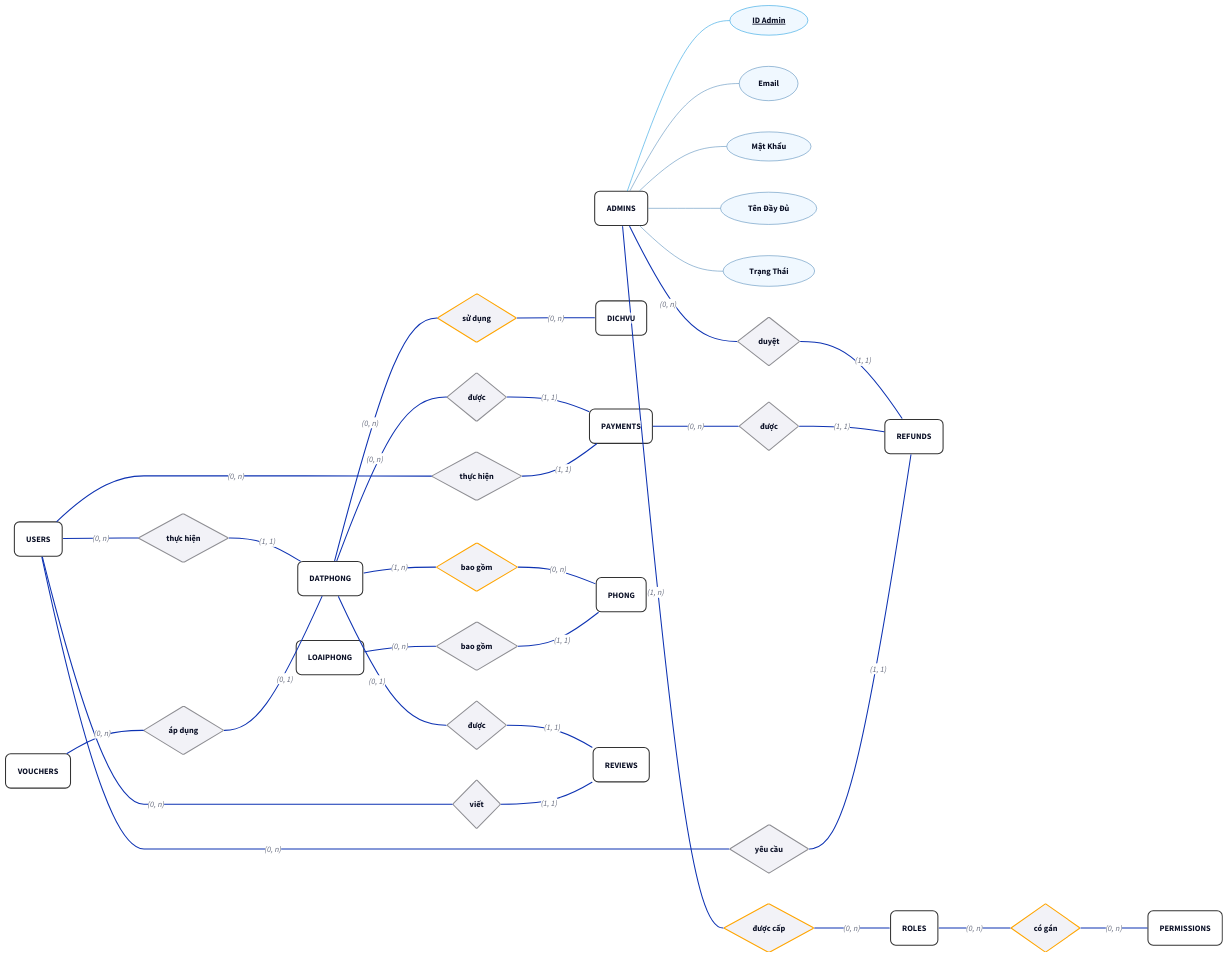
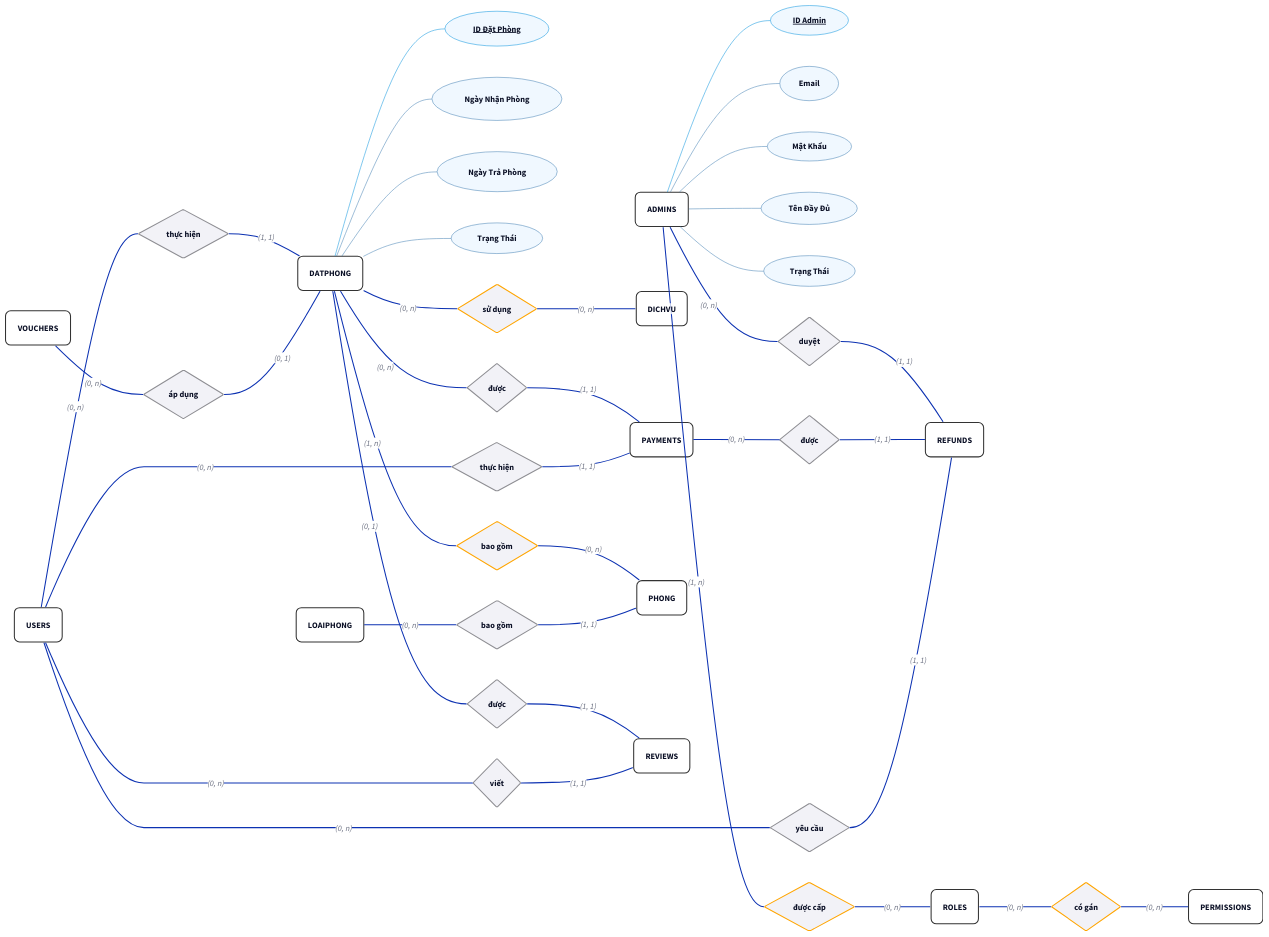
The diagram in baocao/content/diagrams/ch02-concept-erd-full-attr.d2 (sam-uit/ie103-project-report), drawn with D2 before and after one commit. The commit also changed 1 other file, not shown here.

Commit message:
ERD: DATPHONG

```diff
--- a/baocao/content/diagrams/ch02-concept-erd-full-attr.d2
+++ b/baocao/content/diagrams/ch02-concept-erd-full-attr.d2
@@ -1,168 +1,184 @@
 # Chuyển đổi dạng ngang-dọc
 direction: right
 
 # --- 0. STYLES ---
 style: {
   opacity: 0.0
   fill: transparent
 }
 
 # --- 1. SETTINGS ---
 classes: {
   entity: {
     shape: rectangle
     style: {border-radius: 10; fill: "#FFFFFF"; stroke: "#333333"}
   }
   rel: {
     shape: diamond
     style: {fill: "#F2F2F7"; stroke: "#8E8E93"}
   }
   attr: {
     shape: oval
     style: {fill: "#F0F8FF"; stroke: "#4682B4"; stroke-width: 1}
   }
   attr_pri: {
     shape: oval
     style: {
       fill: "#F0F8FF"
       stroke: "#0d95de"
       stroke-width: 1
       underline: true
     }
   }
 }
 
 # --- 2. ENTITIES ---
 ADMINS: {class: entity; label: "ADMINS"}
 admin_id: {class: attr_pri; label: "ID Admin"}
 admin_email: {class: attr; label: "Email"}
 admin_password: {class: attr; label: "Mật Khẩu"}
 admin_full_name: {class: attr; label: "Tên Đầy Đủ"}
 admin_status: {class: attr; label: "Trạng Thái"}
 # admin_created_at: {class: attr; label: "created_at"; width: 110}
 # admin_updated_at: {class: attr; label: "updated_at"; width: 110}
 
 ADMINS -- admin_id {style: {stroke: "#0d95de"; stroke-width: 1}}
 ADMINS -- admin_email {style: {stroke: "#4682B4"; stroke-width: 1}}
 ADMINS -- admin_password {style: {stroke: "#4682B4"; stroke-width: 1}}
 ADMINS -- admin_full_name {style: {stroke: "#4682B4"; stroke-width: 1}}
 ADMINS -- admin_status {style: {stroke: "#4682B4"; stroke-width: 1}}
 # ADMINS -- admin_created_at
 # ADMINS -- admin_updated_at
 
 DATPHONG: {class: entity; label: "DATPHONG"}
+datphong_id: {class: attr_pri; label: "ID Đặt Phòng"}
+# datphong_user_id: {class: attr; label: "user_id"}
+# datphong_voucher_id: {class: attr; label: "voucher_id"}
+datphong_check_in: {class: attr; label: "Ngày Nhận Phòng"}
+datphong_check_out: {class: attr; label: "Ngày Trả Phòng"}
+datphong_trang_thai: {class: attr; label: "Trạng Thái"}
+# datphong_created_at: {class: attr; label: "created_at"; width: 110}
+
+DATPHONG -- datphong_id {style: {stroke: "#0d95de"; stroke-width: 1}}
+# DATPHONG -- datphong_user_id
+# DATPHONG -- datphong_voucher_id
+DATPHONG -- datphong_check_in {style: {stroke: "#4682B4"; stroke-width: 1}}
+DATPHONG -- datphong_check_out {style: {stroke: "#4682B4"; stroke-width: 1}}
+DATPHONG -- datphong_trang_thai {style: {stroke: "#4682B4"; stroke-width: 1}}
+# DATPHONG -- datphong_created_at
+
 DICHVU: {class: entity; label: "DICHVU"}
 LOAIPHONG: {class: entity; label: "LOAIPHONG"}
 PAYMENTS: {class: entity; label: "PAYMENTS"}
 PERMISSIONS: {class: entity; label: "PERMISSIONS"}
 PHONG: {class: entity; label: "PHONG"}
 REFUNDS: {class: entity; label: "REFUNDS"}
 REVIEWS: {class: entity; label: "REVIEWS"}
 ROLES: {class: entity; label: "ROLES"}
 USERS: {class: entity; label: "USERS"}
 VOUCHERS: {class: entity; label: "VOUCHERS"}
 
 # --- 3. RELATIONSHIPS ---
 # ngôn ngữ "tự nhiên"
 
 # ADMINS -> REFUNDS: duyệt (1-n)
 # Admins có thể duyệt tối thiểu 0 và tối đa n lần hoàn tiền.
 # Một hoàn tiền có và chỉ có 1 admin duyệt.
 admins_refunds: {class: rel; label: "duyệt"}
 ADMINS -- admins_refunds: (0, n)
 admins_refunds -- REFUNDS: (1, 1)
 
 # ADMINS -> ROLES: được cấp (n-n)
 # n - n: viền cam
 # Một admin phải có tối thiểu 1 và tối đa n role được gán.
 # Một role có tối thiểu 0 và tối đa n admin được gán.
 admins_roles: {class: rel; label: "được cấp"; style: {stroke: orange}}
 ADMINS -- admins_roles: (1, n)
 admins_roles -- ROLES: (0, n)
 
 # DATPHONG -> DICHVU: sử dụng (n-n)
 # Một đơn đặt phòng có thể có tối thiểu 0 và tối đa n dịch vụ đi kèm.
 # Một dịch vụ đi kèm có thể được sử dụng tối thiểu 0 và tối đa n đơn đặt phòng.
 datphong_dichvu: {class: rel; label: "sử dụng"; style: {stroke: orange}}
 DATPHONG -- datphong_dichvu: (0, n)
 datphong_dichvu -- DICHVU: (0, n)
 
 # DATPHONG -> PAYMENTS: được (1-n)
 # Một đơn đặt phòng có tối thiểu 0 và tối đa n thanh toán.
 # Một thanh toán có và chỉ có 1 đơn đặt phòng.
 datphong_payments: {class: rel; label: "được"}
 DATPHONG -- datphong_payments: (0, n)
 datphong_payments -- PAYMENTS: (1, 1)
 
 # DATPHONG -> PHONG: bao gồm (1-n)
 # Một đơn đặt phòng có tối thiểu 1 và tối đa n phòng.
 # Một phòng có tối thiểu 0 và tối đa n đơn đặt phòng.
 datphong_phong: {class: rel; label: "bao gồm"; style: {stroke: orange}}
 DATPHONG -- datphong_phong: (1, n)
 datphong_phong -- PHONG: (0, n)
 
 # DATPHONG -> REVIEWS: được (1-1)
 # Một đơn đặt phòng có tối thiểu 0 và tối đa 1 đánh giá.
 # Một đánh giá thuộc và chỉ thuộc 1 đơn đặt phòng.
 datphong_reviews: {class: rel; label: "được"}
 DATPHONG -- datphong_reviews: (0, 1)
 datphong_reviews -- REVIEWS: (1, 1)
 
 # LOAIPHONG <- PHONG: thuộc
 # Một loại phòng có tối thiểu 0 và tối đa n phòng.
 # Một phòng thuộc và chỉ thuộc 1 loại phòng.
 loaiphong_phong: {class: rel; label: "bao gồm"}
 LOAIPHONG -- loaiphong_phong: (0, n)
 loaiphong_phong -- PHONG: (1, 1)
 
 # PAYMENTS -> REFUNDS: được
 # Một thanh toán có tối thiểu 0 và tối đa n hoàn tiền.
 # Một hoàn tiền được và chỉ được tạo từ 1 thanh toán.
 payments_refunds: {class: rel; label: "được"}
 PAYMENTS -- payments_refunds: (0, n)
 payments_refunds -- REFUNDS: (1, 1)
 
 # ROLES -> PERMISSIONS: có gán (n-n)
 # Một vai trò có tối thiểu 0 và tối đa n quyền hạn.
 # Một quyền hạn có tối thiểu 0 và tối đa n vai trò.
 roles_permissions: {class: rel; label: "có gán"; style: {stroke: orange}}
 ROLES -- roles_permissions: (0, n)
 roles_permissions -- PERMISSIONS: (0, n)
 
 # USERS -> DATPHONG: thực hiện (1-n)
 # Một user có tối thiểu 0, và tối đa n đặt phòng
 # Một đặt phòng có và chỉ có 1 user
 users_datphong: {class: rel; label: "thực hiện"}
 USERS -- users_datphong: (0, n)
 users_datphong -- DATPHONG: (1, 1)
 
 # USERS -> PAYMENTS: thực hiện (1-n)
 # Một user có tối thiểu 0, và tối đa n thanh toán.
 # Một thanh toán có và chỉ có 1 user
 users_payment: {class: rel; label: "thực hiện"}
 USERS -- users_payment: (0, n)
 users_payment -- PAYMENTS: (1, 1)
 
 # USERS -> REFUNDS: yêu cầu (1-n)
 # Một user có tối thiểu 0, và tối đa n yêu cầu hoàn tiền.
 # Một yêu cầu hoàn tiền có và chỉ có 1 user.
 users_refunds: {class: rel; label: "yêu cầu"}
 USERS -- users_refunds: (0, n)
 users_refunds -- REFUNDS: (1, 1)
 
 # USERS -> REVIEWS: viết (1-n)
 # Một user có tối thiểu 0, và tối đa n đánh giá.
 # Một đánh giá có tối thiểu 1 tối đa 1 user.
 users_reviews: {class: rel; label: "viết"}
 USERS -- users_reviews: (0, n)
 users_reviews -- REVIEWS: (1, 1)
 
 # VOUCHERS -> DATPHONG: áp dụng (1-n)
 # Một mã giảm giá có tối thiểu 0, và tối đa n đơn đặt phòng.
 # Một đơn đặt phòng có tối thiểu 0, và tối đa 1 mã giảm giá áp dụng.
 vouchers_datphong: {class: rel; label: "áp dụng"}
 VOUCHERS -- vouchers_datphong: (0, n)
 vouchers_datphong -- DATPHONG: (0, 1)
 
 # 4. Bảng Số
 # Tách riêng cho dễ cập nhật và quản lý.
```
